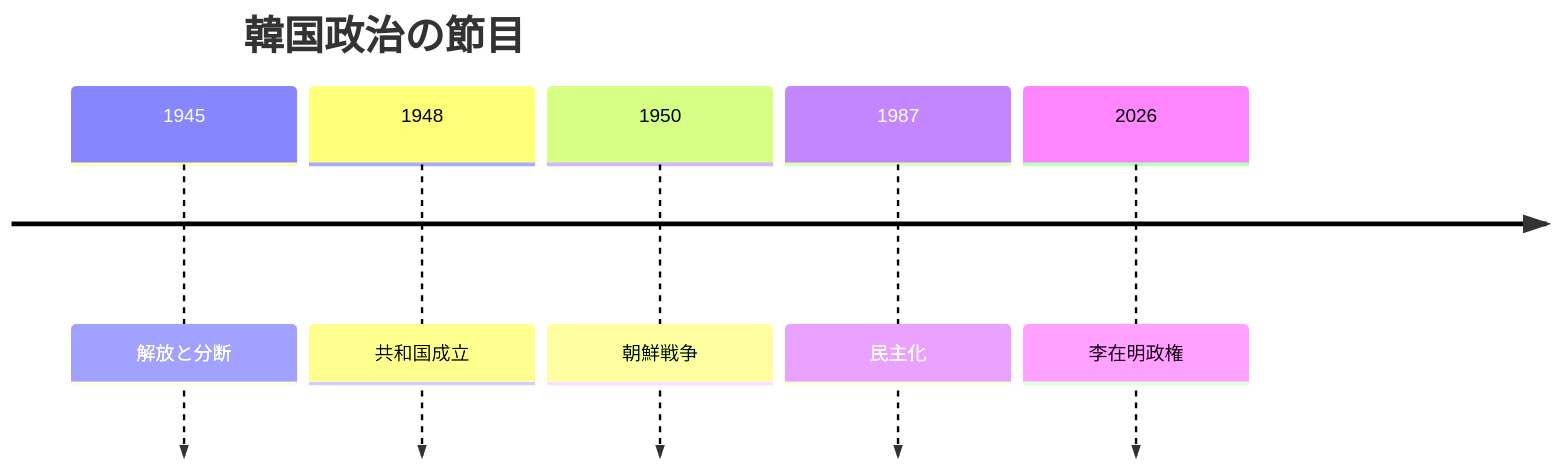
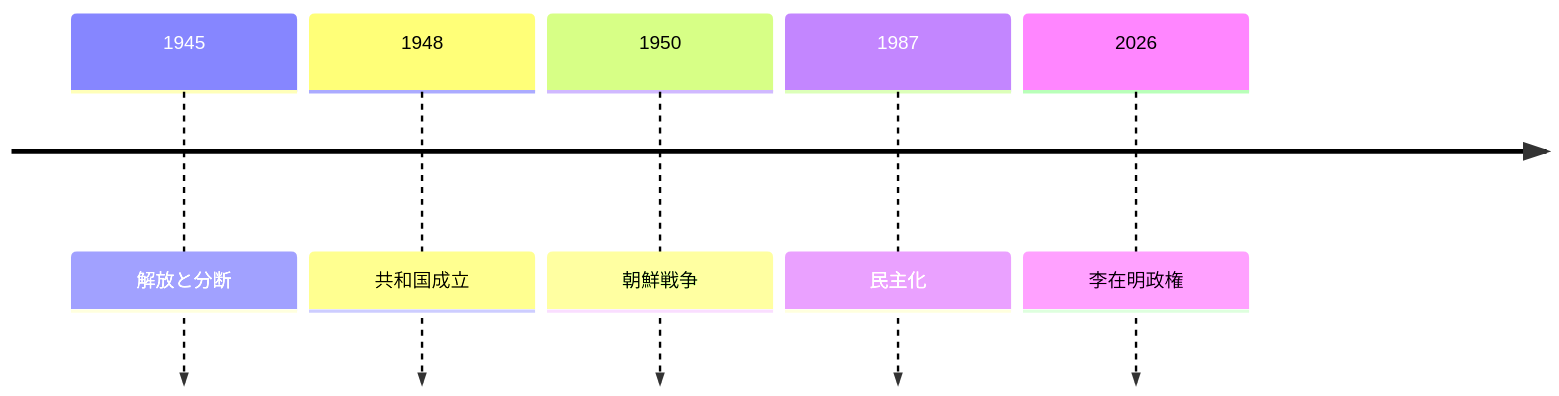
The first of 2 diagrams in articles/report/south-korea-geopolitical-profile/ja/index.mdx (daylight55/research), drawn with Mermaid before and after one commit. The commit also changed other lines of this file and 181 other files, not shown here.

First line of the commit message:
全記事の図解368点を再生成し、共通注意書きを削除 (#402)

````diff
--- a/articles/report/south-korea-geopolitical-profile/ja/index.mdx
+++ b/articles/report/south-korea-geopolitical-profile/ja/index.mdx
@@ -36,9 +36,12 @@
 ```mermaid
 timeline
-  title 韓国政治の節目
+  accTitle: 韓国の分断・戦争・民主化の節目
+  accDescr: 解放と分断、国家形成、戦争、民主化、近年の政権を年代で確認する。
+  accTitle: 韓国の分断・戦争・民主化の節目
+  accDescr: 解放と分断、国家形成、戦争、民主化、近年の政権を年代で確認する。
   1945 : 解放と分断
   1948 : 共和国成立
   1950 : 朝鮮戦争
   1987 : 民主化
   2026 : 李在明政権
 ```
````
